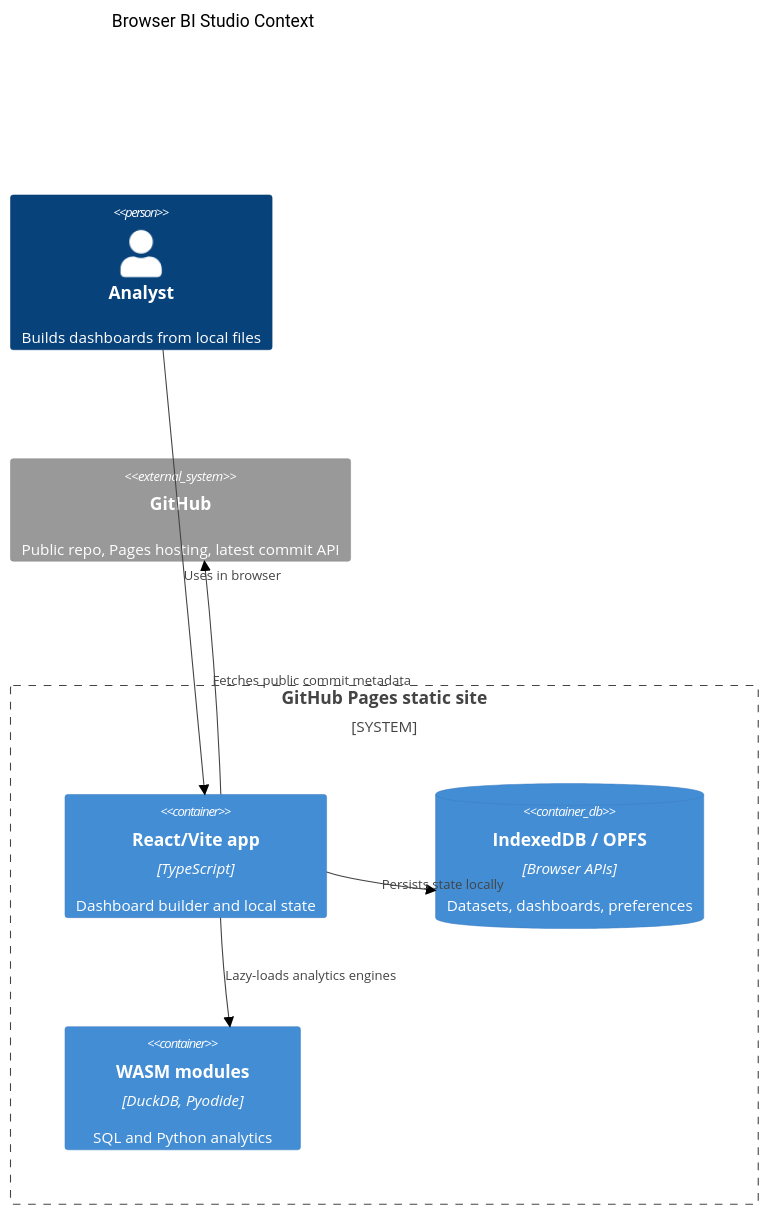
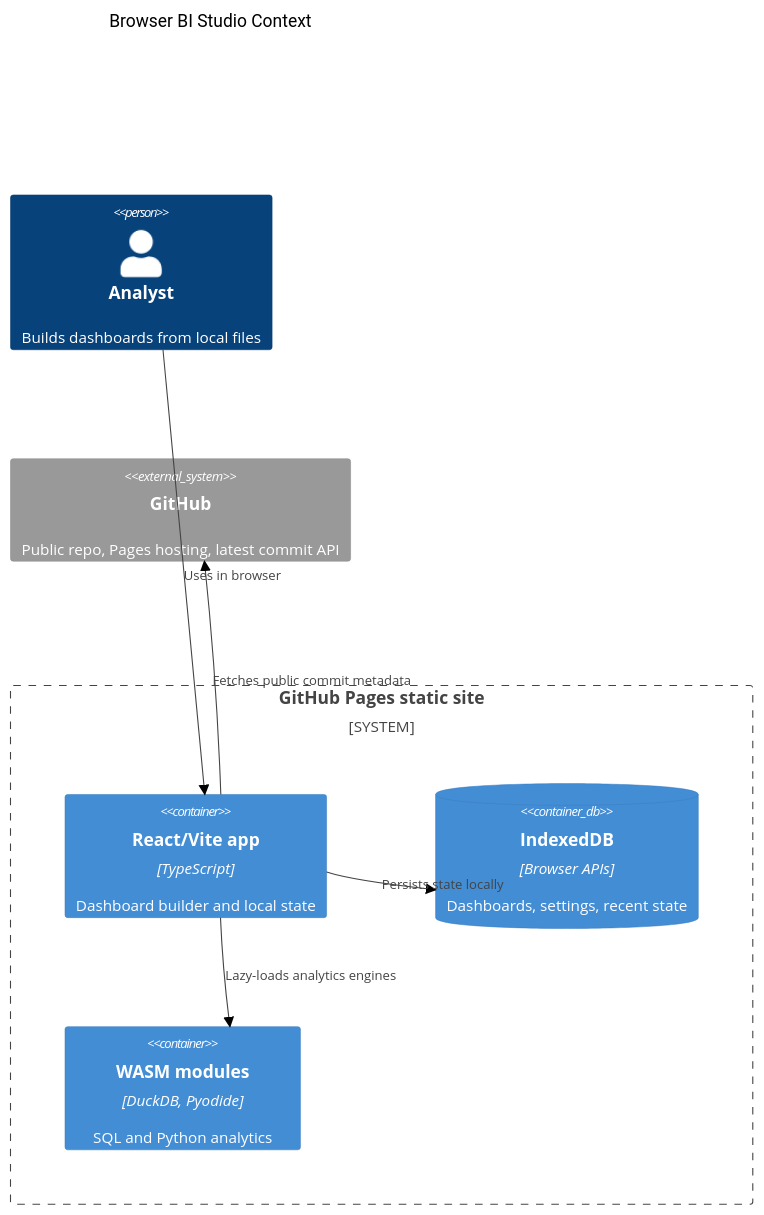
One commit to baditaflorin/browser-bi-studio changed the diagram in README.md. Above: the diagram before and after it, drawn with Mermaid (forest theme). The commit also changed other lines of this file and 26 other files, not shown here.

````diff
--- a/README.md
+++ b/README.md
@@ -36,15 +44,15 @@
 ```mermaid
 C4Context
   title Browser BI Studio Context
   Person(analyst, "Analyst", "Builds dashboards from local files")
   System_Boundary(pages, "GitHub Pages static site") {
     Container(app, "React/Vite app", "TypeScript", "Dashboard builder and local state")
-    ContainerDb(storage, "IndexedDB / OPFS", "Browser APIs", "Datasets, dashboards, preferences")
+    ContainerDb(storage, "IndexedDB", "Browser APIs", "Dashboards, settings, recent state")
     Container(wasm, "WASM modules", "DuckDB, Pyodide", "SQL and Python analytics")
   }
   System_Ext(github, "GitHub", "Public repo, Pages hosting, latest commit API")
   Rel(analyst, app, "Uses in browser")
   Rel(app, storage, "Persists state locally")
   Rel(app, wasm, "Lazy-loads analytics engines")
   Rel(app, github, "Fetches public commit metadata")
 ```
````
